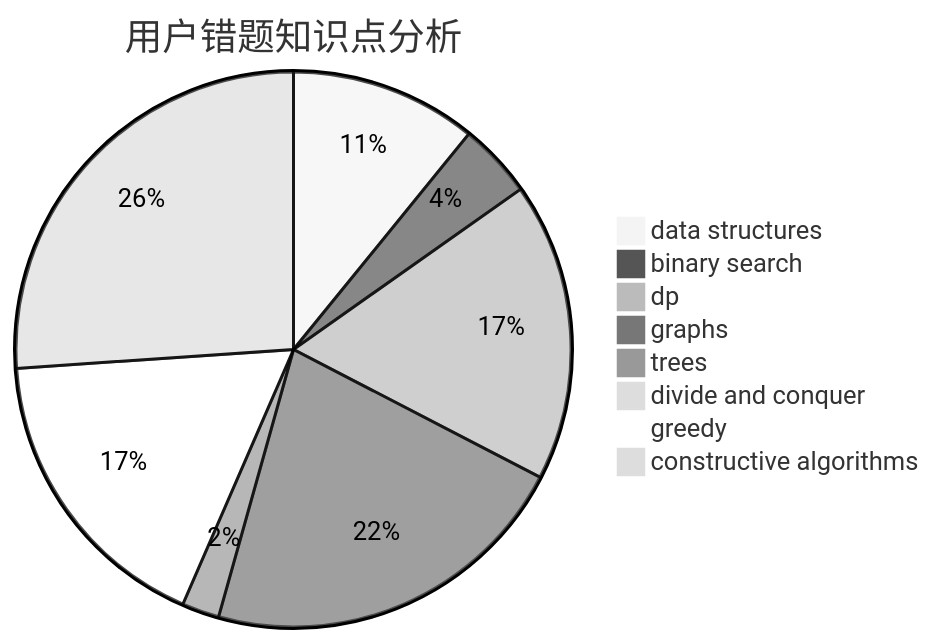
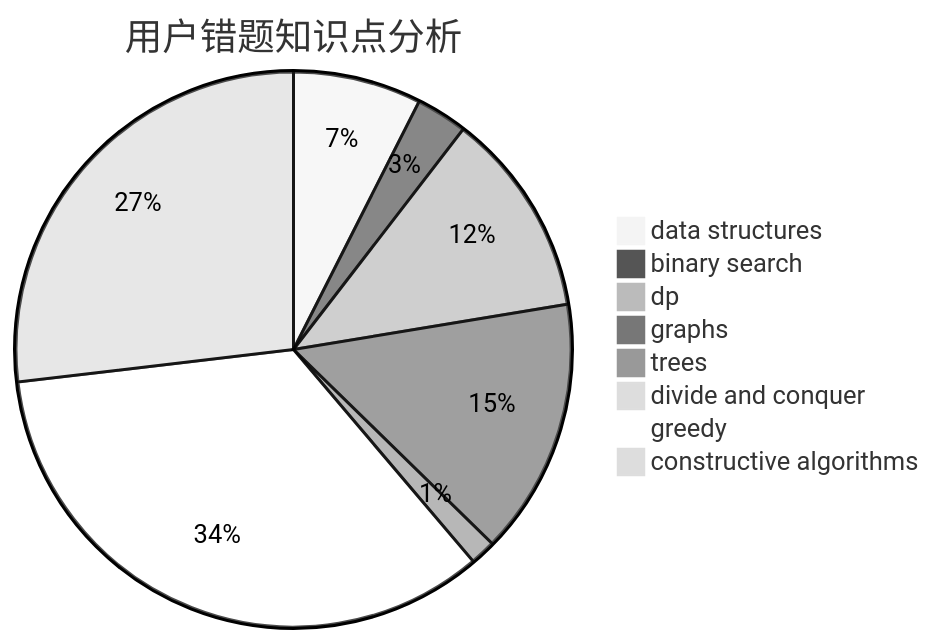
The third of 3 diagrams in docs/user/u1734.md (sherpahu/cfrs.github.io), drawn with Mermaid (neutral theme) before and after one commit. The commit also changed other lines of this file and 2770 other files, not shown here.

````diff
--- a/docs/user/u1734.md
+++ b/docs/user/u1734.md
@@ -36,11 +36,11 @@
 ```mermaid
 pie title 用户错题知识点分析
     "data structures" :  5
     "binary search" :  2
     "dp" :  8
     "graphs" :  10
     "trees" :  1
     "divide and conquer" :  0
-    "greedy" :  8
-    "constructive algorithms" :  12
+    "greedy" :  23
+    "constructive algorithms" :  18
 ```
````
